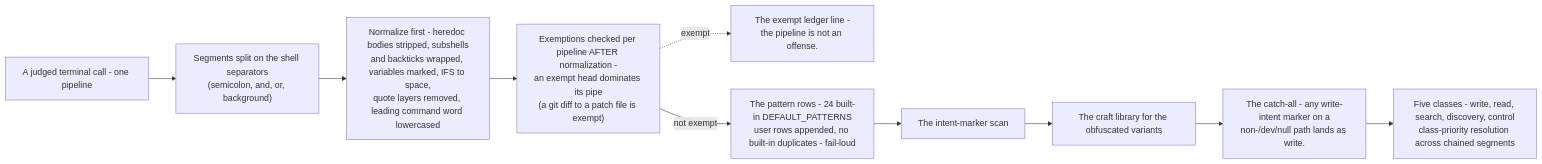
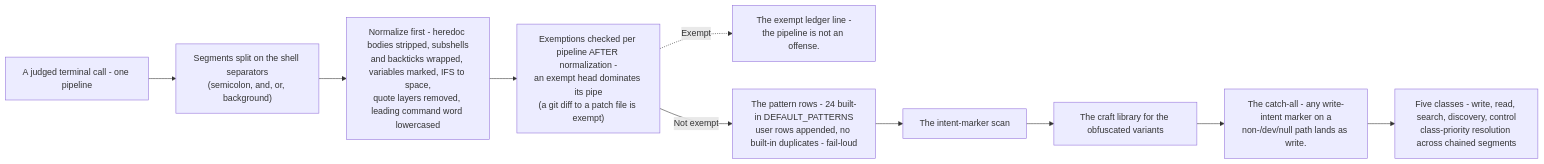
The diagram in Source/Content/Mermaid/coach-detection.mmd (PlayForm/Site-DeepSeek), drawn with Mermaid before and after one commit. The commit also changed 90 other files, not shown here.

```diff
--- a/Source/Content/Mermaid/coach-detection.mmd
+++ b/Source/Content/Mermaid/coach-detection.mmd
@@ -1,20 +1,20 @@
 flowchart LR
 	PIPE["A judged terminal call - one pipeline"]
 	SPLIT["Segments split on the shell separators<br/>(semicolon, and, or, background)"]
 	NORM["Normalize first - heredoc bodies stripped, subshells<br/>and backticks wrapped, variables marked, IFS to space,<br/>quote layers removed, leading command word lowercased"]
 	EX["Exemptions checked per pipeline AFTER normalization -<br/>an exempt head dominates its pipe<br/>(a git diff to a patch file is exempt)"]
 	EXLOG["The exempt ledger line -<br/>the pipeline is not an offense."]
 	ROWS["The pattern rows - 24 built-in DEFAULT_PATTERNS<br/>user rows appended, no built-in duplicates - fail-loud"]
 	MARK["The intent-marker scan"]
 	CRAFT["The craft library for the obfuscated variants"]
 	CATCH["The catch-all - any write-intent marker on a<br/>non-/dev/null path lands as write."]
 	CLASSES["Five classes - write, read, search, discovery, control<br/>class-priority resolution across chained segments"]
 	PIPE --> SPLIT
 	SPLIT --> NORM
 	NORM --> EX
-	EX -. "exempt" .-> EXLOG
-	EX -- "not exempt" --> ROWS
+	EX -. "Exempt" .-> EXLOG
+	EX -- "Not exempt" --> ROWS
 	ROWS --> MARK
 	MARK --> CRAFT
 	CRAFT --> CATCH
 	CATCH --> CLASSES
```
